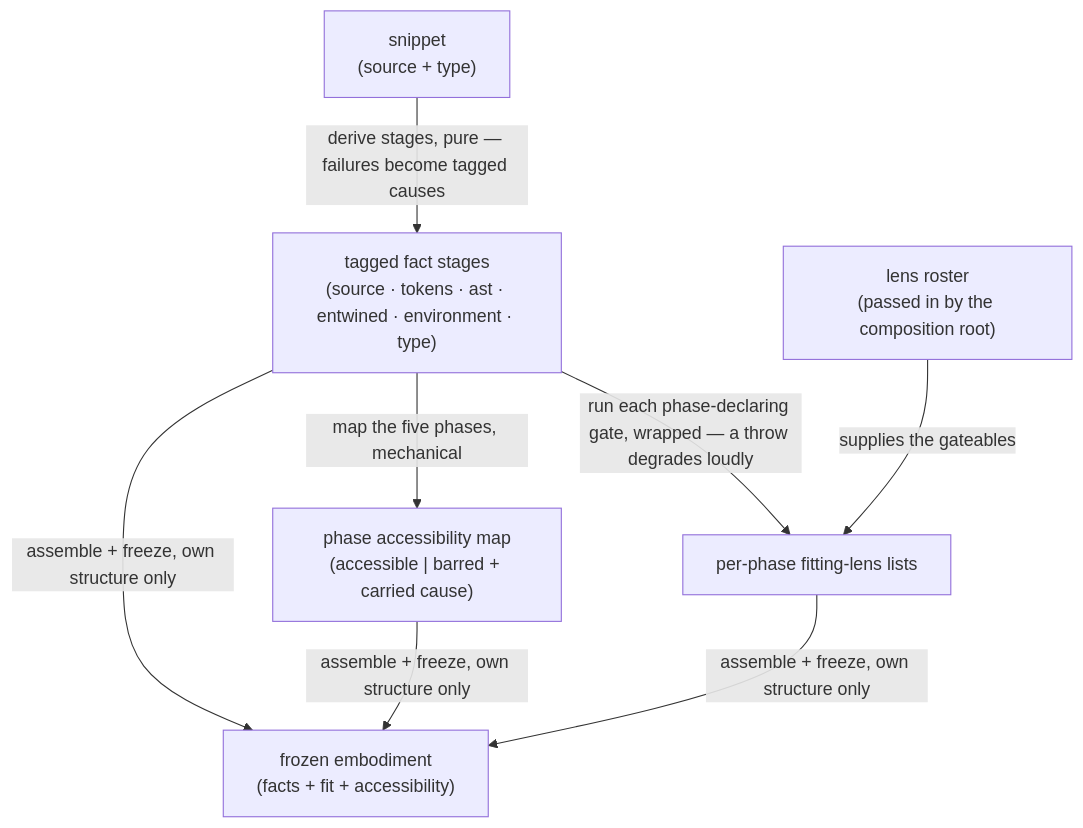
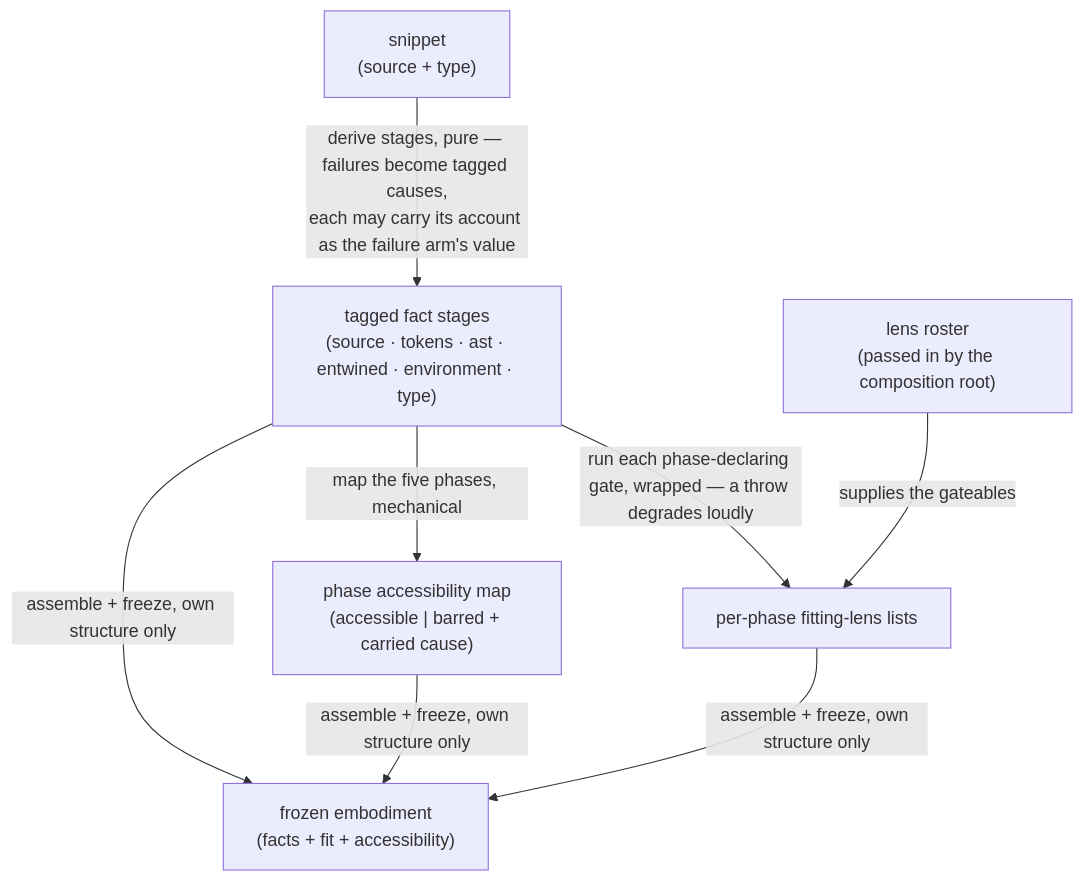
One commit to codeschoolinabox/curricula changed the diagram in src/lib/study-lenses/embody/DOCS.md. Above: the diagram before and after it, drawn with Mermaid. The commit also changed other lines of this file and 6 other files, not shown here.

````diff
--- a/src/lib/study-lenses/embody/DOCS.md
+++ b/src/lib/study-lenses/embody/DOCS.md
@@ -51,16 +54,16 @@
 ```mermaid
 flowchart TD
     SNP["snippet<br/>(source + type)"]
     ROS["lens roster<br/>(passed in by the composition root)"]
     FCT["tagged fact stages<br/>(source · tokens · ast · entwined · environment · type)"]
     ACC["phase accessibility map<br/>(accessible | barred + carried cause)"]
     FIT["per-phase fitting-lens lists"]
     EMB["frozen embodiment<br/>(facts + fit + accessibility)"]
-    SNP -->|"derive stages, pure — failures become tagged causes"| FCT
+    SNP -->|"derive stages, pure — failures become tagged causes,<br/>each may carry its account as the failure arm's value"| FCT
     FCT -->|"map the five phases, mechanical"| ACC
     FCT -->|"run each phase-declaring gate, wrapped — a throw degrades loudly"| FIT
     ROS -->|"supplies the gateables"| FIT
     FCT -->|"assemble + freeze, own structure only"| EMB
     ACC -->|"assemble + freeze, own structure only"| EMB
     FIT -->|"assemble + freeze, own structure only"| EMB
 ```
````
